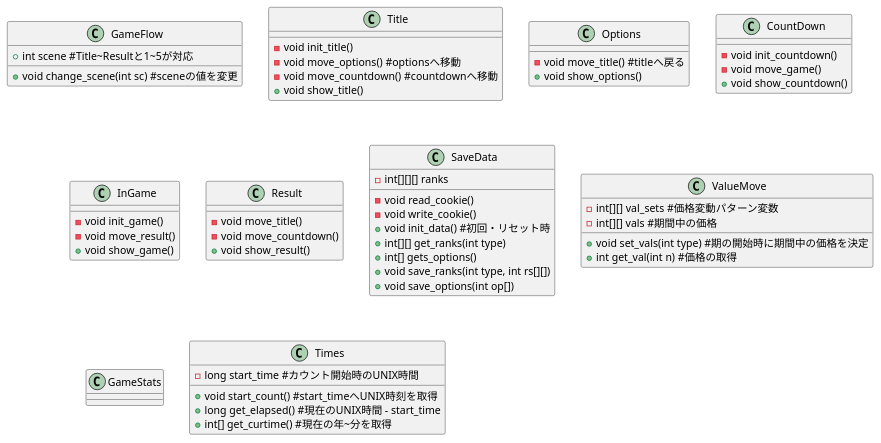
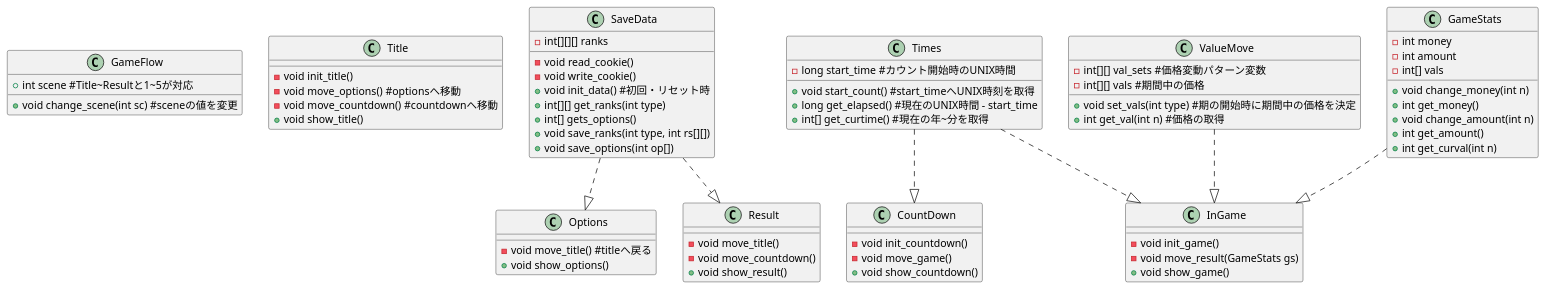
Before and after one commit to AkihoMinegishi/speedtrader: the diagram in teigi.pu, drawn with PlantUML.

Commit message:
for plantUML

```diff
--- a/teigi.pu
+++ b/teigi.pu
@@ -1,69 +1,84 @@
 @startuml
 class GameFlow {
   +int scene #Title~Resultと1~5が対応
 
   +void change_scene(int sc) #sceneの値を変更
 }
 
 class Title {
   -void init_title()
   -void move_options() #optionsへ移動
   -void move_countdown() #countdownへ移動
   +void show_title()
 }
 
 class Options {
   -void move_title() #titleへ戻る
   +void show_options()
 }
 
 class CountDown {
   -void init_countdown()
   -void move_game()
   +void show_countdown()
 }
 
 class InGame {
   -void init_game()
-  -void move_result()
+  -void move_result(GameStats gs)
   +void show_game()
 }
 
 class Result {
   -void move_title()
   -void move_countdown()
   +void show_result()
 }
 
 class SaveData {
   -int[][][] ranks
 
   -void read_cookie()
   -void write_cookie()
   +void init_data() #初回・リセット時
   +int[][] get_ranks(int type)
   +int[] gets_options()
   +void save_ranks(int type, int rs[][])
   +void save_options(int op[])
 }
 
 class ValueMove {
   -int[][] val_sets #価格変動パターン変数
   -int[][] vals #期間中の価格
 
   +void set_vals(int type) #期の開始時に期間中の価格を決定
   +int get_val(int n) #価格の取得
 }
 
 class GameStats {
+  -int money
+  -int amount
+  -int[] vals
 
+  +void change_money(int n)
+  +int get_money()
+  +void change_amount(int n)
+  +int get_amount()
+  +int get_curval(int n)
 }
 
 class Times {
   -long start_time #カウント開始時のUNIX時間
 
   +void start_count() #start_timeへUNIX時刻を取得
   +long get_elapsed() #現在のUNIX時間 - start_time
   +int[] get_curtime() #現在の年~分を取得
 }
+
+ValueMove ..|> InGame
+Times ..|> CountDown
+Times ..|> InGame
+GameStats ..|> InGame
+SaveData ..|> Options
+SaveData ..|> Result
 @enduml
```
